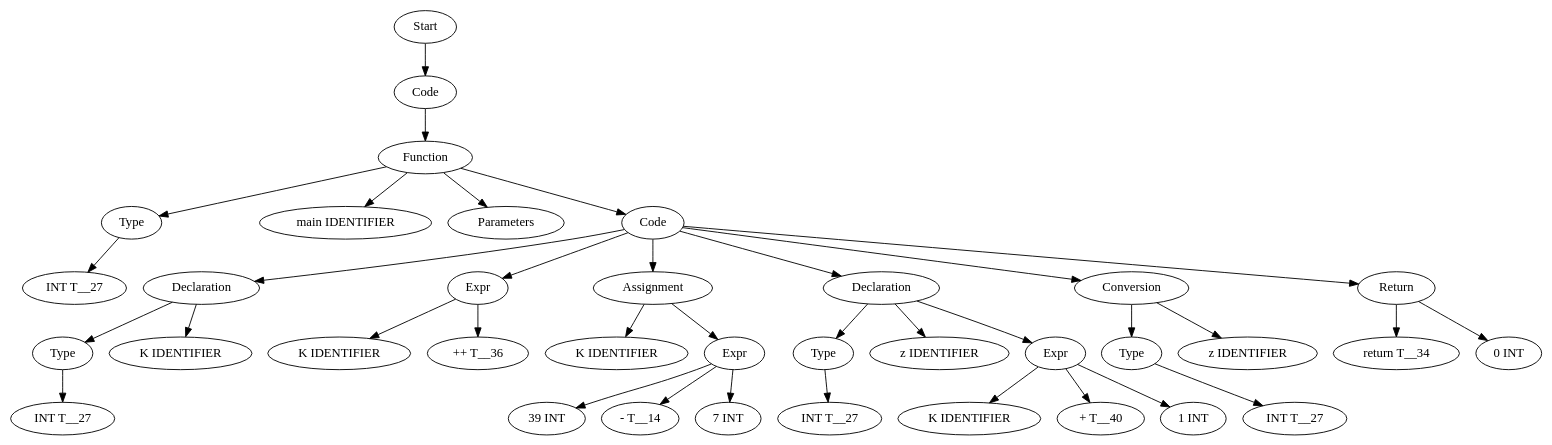
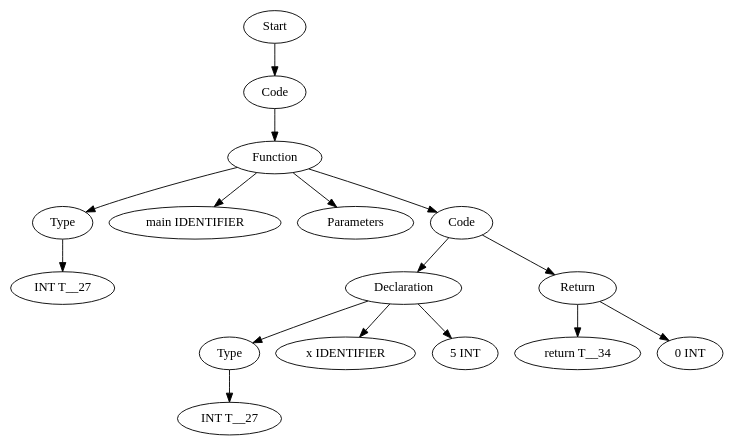
Before and after one commit to Are-you-listening/Compilers: the diagram in TestCases/ASTTests/TypedefTests/createTests/read_file_after.dot, drawn with Graphviz. The commit also changed 152 other files, not shown here.

```diff
--- a/TestCases/ASTTests/TypedefTests/createTests/read_file_after.dot
+++ b/TestCases/ASTTests/TypedefTests/createTests/read_file_after.dot
@@ -1,73 +1,33 @@
 digraph AST {
-  "137022988555248" [label="Start"];
-  "137022988555248" -> "137022988555488";
-  "137022988555488" [label="Code"];
-  "137022988555488" -> "137022988555440";
-  "137022988555440" [label="Function"];
-  "137022988555440" -> "137022988555296";
-  "137022988555440" -> "137022988562976";
-  "137022988555440" -> "137022988559376";
-  "137022988555440" -> "137022988555536";
-  "137022988555296" [label="Type"];
-  "137022988555296" -> "137022988563216";
-  "137022988563216" [label="INT T__27"];
-  "137022988562976" [label="main IDENTIFIER"];
-  "137022988559376" [label="Parameters"];
-  "137022988555536" [label="Code"];
-  "137022988555536" -> "137022988556544";
-  "137022988555536" -> "137022988552704";
-  "137022988555536" -> "137022988560576";
-  "137022988555536" -> "137022988496336";
-  "137022988555536" -> "137022988500512";
-  "137022988555536" -> "137022988848240";
-  "137022988556544" [label="Declaration"];
-  "137022988556544" -> "137022988555008";
-  "137022988556544" -> "137022988550784";
-  "137022988555008" [label="Type"];
-  "137022988555008" -> "137022988551168";
-  "137022988551168" [label="INT T__27"];
-  "137022988550784" [label="K IDENTIFIER"];
-  "137022988552704" [label="Expr"];
-  "137022988552704" -> "137022988558176";
-  "137022988552704" -> "137022988560384";
-  "137022988558176" [label="K IDENTIFIER"];
-  "137022988560384" [label="++ T__36"];
-  "137022988560576" [label="Assignment"];
-  "137022988560576" -> "137022988488464";
-  "137022988560576" -> "137022988496048";
-  "137022988488464" [label="K IDENTIFIER"];
-  "137022988496048" [label="Expr"];
-  "137022988496048" -> "137022988500416";
-  "137022988496048" -> "137022988486592";
-  "137022988496048" -> "137022988486688";
-  "137022988500416" [label="39 INT"];
-  "137022988486592" [label="- T__14"];
-  "137022988486688" [label="7 INT"];
-  "137022988496336" [label="Declaration"];
-  "137022988496336" -> "137022988497536";
-  "137022988496336" -> "137022988492784";
-  "137022988496336" -> "137022988846272";
-  "137022988497536" [label="Type"];
-  "137022988497536" -> "137022988497728";
-  "137022988497728" [label="INT T__27"];
-  "137022988492784" [label="z IDENTIFIER"];
-  "137022988846272" [label="Expr"];
-  "137022988846272" -> "137022988847520";
-  "137022988846272" -> "137022988848768";
-  "137022988846272" -> "137022988848960";
-  "137022988847520" [label="K IDENTIFIER"];
-  "137022988848768" [label="+ T__40"];
-  "137022988848960" [label="1 INT"];
-  "137022988500512" [label="Conversion"];
-  "137022988500512" -> "137022988849152";
-  "137022988500512" -> "137022988849776";
-  "137022988849152" [label="Type"];
-  "137022988849152" -> "137022988850016";
-  "137022988850016" [label="INT T__27"];
-  "137022988849776" [label="z IDENTIFIER"];
-  "137022988848240" [label="Return"];
-  "137022988848240" -> "137022988850160";
-  "137022988848240" -> "137022988850256";
-  "137022988850160" [label="return T__34"];
-  "137022988850256" [label="0 INT"];
+  "136188336902336" [label="Start"];
+  "136188336902336" -> "136188336899456";
+  "136188336899456" [label="Code"];
+  "136188336899456" -> "136188336899360";
+  "136188336899360" [label="Function"];
+  "136188336899360" -> "136188336901232";
+  "136188336899360" -> "136188336901904";
+  "136188336899360" -> "136188336901856";
+  "136188336899360" -> "136188336901760";
+  "136188336901232" [label="Type"];
+  "136188336901232" -> "136188336901568";
+  "136188336901568" [label="INT T__27"];
+  "136188336901904" [label="main IDENTIFIER"];
+  "136188336901856" [label="Parameters"];
+  "136188336901760" [label="Code"];
+  "136188336901760" -> "136188336905024";
+  "136188336901760" -> "136188336905696";
+  "136188336905024" [label="Declaration"];
+  "136188336905024" -> "136188336906224";
+  "136188336905024" -> "136188336906656";
+  "136188336905024" -> "136188336904160";
+  "136188336906224" [label="Type"];
+  "136188336906224" -> "136188336908816";
+  "136188336908816" [label="INT T__27"];
+  "136188336906656" [label="x IDENTIFIER"];
+  "136188336904160" [label="5 INT"];
+  "136188336905696" [label="Return"];
+  "136188336905696" -> "136188336906032";
+  "136188336905696" -> "136188336907040";
+  "136188336906032" [label="return T__34"];
+  "136188336907040" [label="0 INT"];
 }
```
